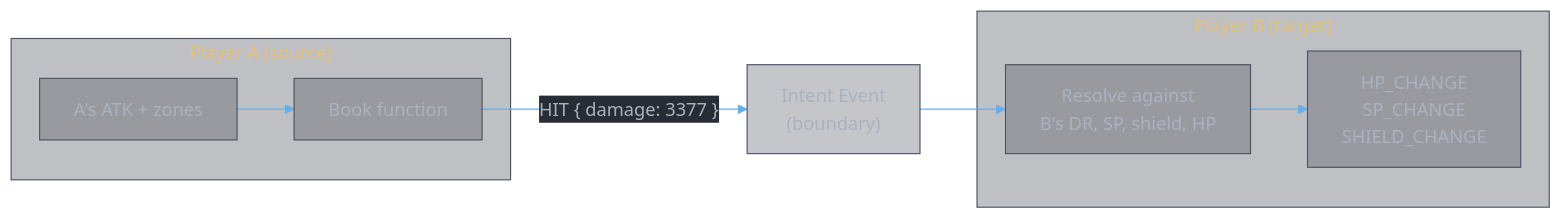
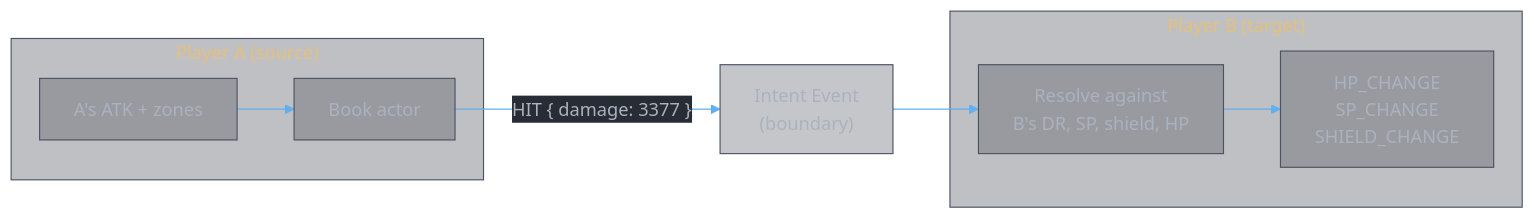
The third of 6 diagrams in docs/simulator/design.reactive.md (zhifengzhang-sz/divine-book), drawn with Mermaid before and after one commit. The commit also changed other lines of this file, not shown here.

First line of the commit message:
fix(docs): design.reactive.md — book is an actor, not a function

````diff
--- a/docs/simulator/design.reactive.md
+++ b/docs/simulator/design.reactive.md
@@ -195,15 +205,15 @@
 ```mermaid
 %%{init: {'theme': 'base', 'themeVariables': {'primaryColor': '#3e44514D', 'primaryTextColor': '#abb2bf', 'primaryBorderColor': '#4b5263', 'lineColor': '#61afef', 'secondaryColor': '#2c313a4D', 'secondaryTextColor': '#abb2bf', 'secondaryBorderColor': '#4b5263', 'tertiaryColor': '#282c344D', 'mainBkg': '#3e44514D', 'nodeBorder': '#4b5263', 'clusterBkg': '#2c313a4D', 'clusterBorder': '#4b5263', 'titleColor': '#e5c07b', 'edgeLabelBackground': '#282c34', 'textColor': '#abb2bf', 'background': '#282c34'}}}%%
 flowchart LR
     subgraph "Player A (source)"
         A_ATK["A's ATK + zones"]
-        A_BOOK["Book function"]
+        A_BOOK["Book actor"]
         A_ATK --> A_BOOK
     end
     A_BOOK -- "HIT { damage: 3377 }" --> INTENT["Intent Event<br/>(boundary)"]
     INTENT --> B_RESOLVE
     subgraph "Player B (target)"
         B_RESOLVE["Resolve against<br/>B's DR, SP, shield, HP"]
         B_RESOLVE --> B_EVENTS["HP_CHANGE<br/>SP_CHANGE<br/>SHIELD_CHANGE"]
     end
 ```
````
